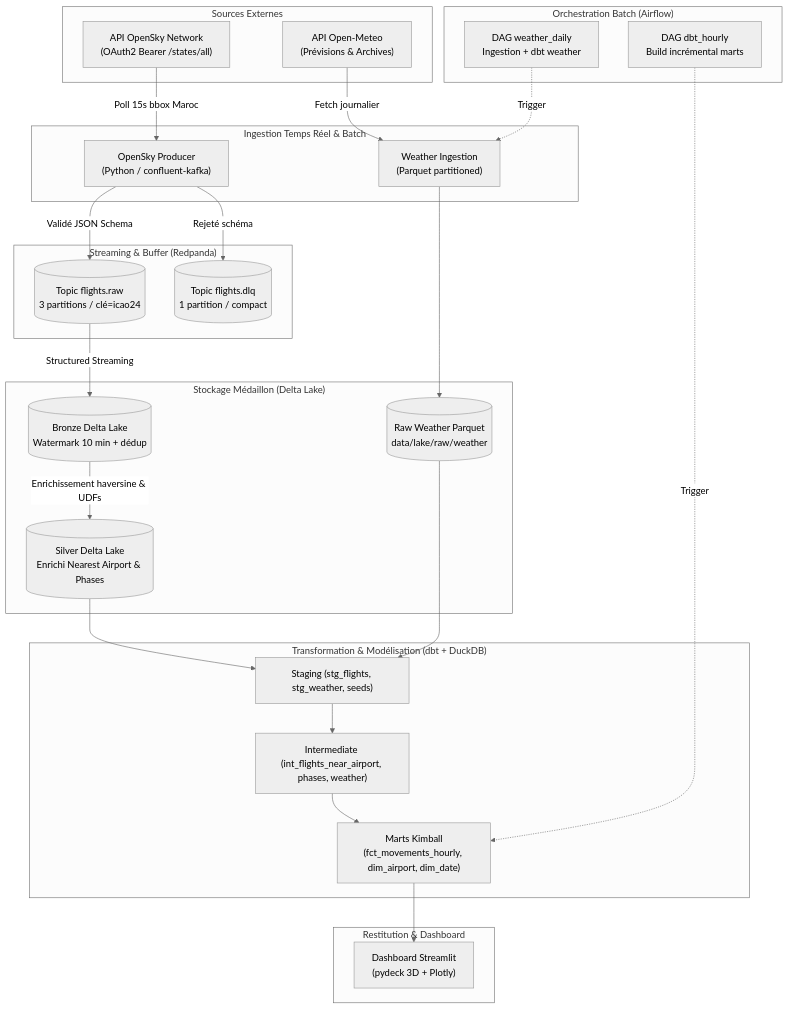
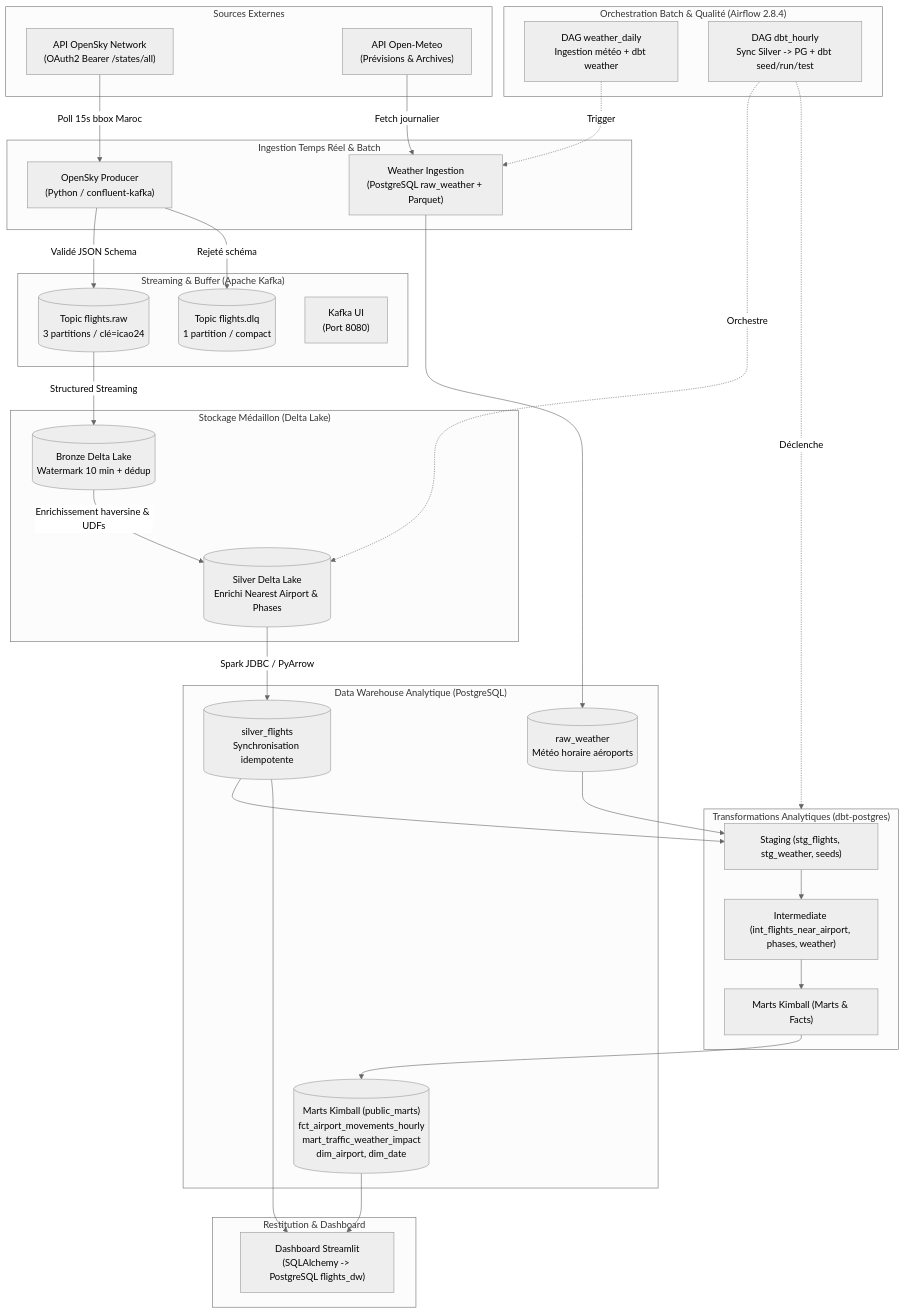
The diagram in docs/architecture.md (elhidaniassmaa/moroccan-air-traffic), drawn with Mermaid (neutral theme) before and after one commit. The commit also changed other lines of this file and 26 other files, not shown here.

Commit message:
feat(architecture): migrate from Redpanda to Apache Kafka + ZooKeeper and DuckDB to PostgreSQL DW with Snowflake portability

````diff
--- a/docs/architecture.md
+++ b/docs/architecture.md
@@ -7,58 +7,67 @@
 ```mermaid
 flowchart TD
     subgraph Sources ["Sources Externes"]
         OS["API OpenSky Network\n(OAuth2 Bearer /states/all)"]
         OM["API Open-Meteo\n(Prévisions & Archives)"]
     end
 
     subgraph Ingestion ["Ingestion Temps Réel & Batch"]
         Prod["OpenSky Producer\n(Python / confluent-kafka)"]
-        Batch["Weather Ingestion\n(Parquet partitioned)"]
+        Batch["Weather Ingestion\n(PostgreSQL raw_weather + Parquet)"]
     end
 
-    subgraph Streaming ["Streaming & Buffer (Redpanda)"]
+    subgraph Streaming ["Streaming & Buffer (Apache Kafka)"]
         TopicRaw[("Topic flights.raw\n3 partitions / clé=icao24")]
         TopicDLQ[("Topic flights.dlq\n1 partition / compact")]
+        KUI["Kafka UI\n(Port 8080)"]
     end
 
     subgraph Lakehouse ["Stockage Médaillon (Delta Lake)"]
         Bronze[("Bronze Delta Lake\nWatermark 10 min + dédup")]
         Silver[("Silver Delta Lake\nEnrichi Nearest Airport & Phases")]
-        RawWeather[("Raw Weather Parquet\ndata/lake/raw/weather")]
     end
 
-    subgraph Analytics ["Transformation & Modélisation (dbt + DuckDB)"]
+    subgraph Warehouse ["Data Warehouse Analytique (PostgreSQL)"]
+        DW_Silver[("silver_flights\nSynchronisation idempotente")]
+        DW_Weather[("raw_weather\nMétéo horaire aéroports")]
+        DW_Marts[("Marts Kimball (public_marts)\nfct_airport_movements_hourly\nmart_traffic_weather_impact\ndim_airport, dim_date")]
+    end
+
+    subgraph Transformations ["Transformations Analytiques (dbt-postgres)"]
         Staging["Staging (stg_flights, stg_weather, seeds)"]
         Intermediate["Intermediate (int_flights_near_airport, phases, weather)"]
-        Marts["Marts Kimball\n(fct_movements_hourly, dim_airport, dim_date)"]
+        Marts["Marts Kimball (Marts & Facts)"]
     end
 
-    subgraph Orchestration ["Orchestration Batch (Airflow)"]
-        DAG1["DAG weather_daily\nIngestion + dbt weather"]
-        DAG2["DAG dbt_hourly\nBuild incrémental marts"]
+    subgraph Orchestration ["Orchestration Batch & Qualité (Airflow 2.8.4)"]
+        DAG1["DAG weather_daily\nIngestion météo + dbt weather"]
+        DAG2["DAG dbt_hourly\nSync Silver -> PG + dbt seed/run/test"]
     end
 
     subgraph Consumption ["Restitution & Dashboard"]
-        Streamlit["Dashboard Streamlit\n(pydeck 3D + Plotly)"]
+        Streamlit["Dashboard Streamlit\n(SQLAlchemy -> PostgreSQL flights_dw)"]
     end
 
     OS -->|Poll 15s bbox Maroc| Prod
     Prod -->|Validé JSON Schema| TopicRaw
     Prod -->|Rejeté schéma| TopicDLQ
 
     TopicRaw -->|Structured Streaming| Bronze
     Bronze -->|Enrichissement haversine & UDFs| Silver
 
+    Silver -->|Spark JDBC / PyArrow| DW_Silver
     OM -->|Fetch journalier| Batch
-    Batch --> RawWeather
+    Batch --> DW_Weather
 
-    Silver --> Staging
-    RawWeather --> Staging
+    DW_Silver --> Staging
+    DW_Weather --> Staging
+    Staging --> Intermediate --> Marts
+    Marts --> DW_Marts
 
-    Staging --> Intermediate --> Marts
+    DAG2 -.->|Orchestre| Silver
+    DAG2 -.->|Déclenche| Transformations
+    DAG1 -.->|Trigger| Batch
 
-    DAG1 -.->|Trigger| Batch
-    DAG2 -.->|Trigger| Marts
-
-    Marts --> Streamlit
+    DW_Marts --> Streamlit
+    DW_Silver --> Streamlit
 ```
````
